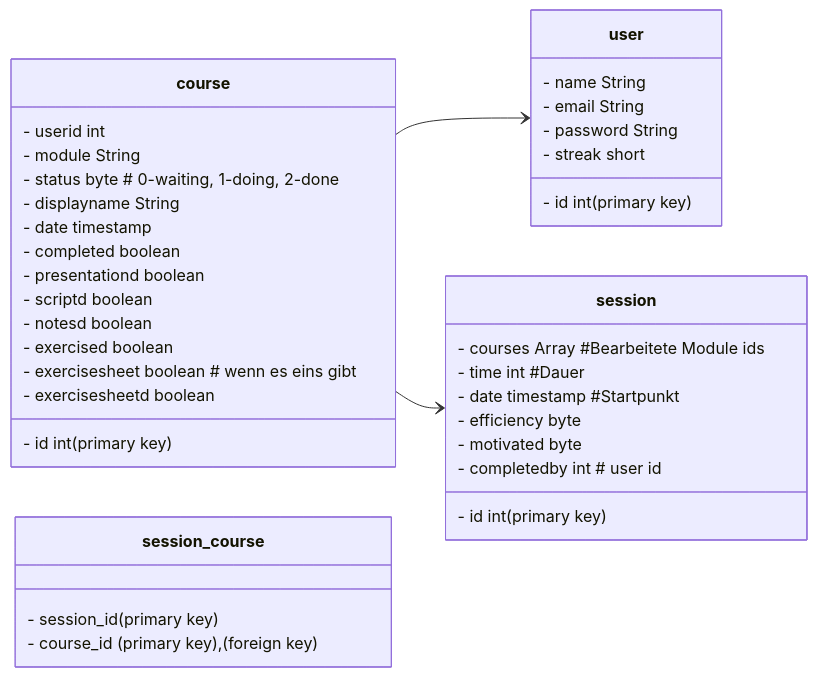
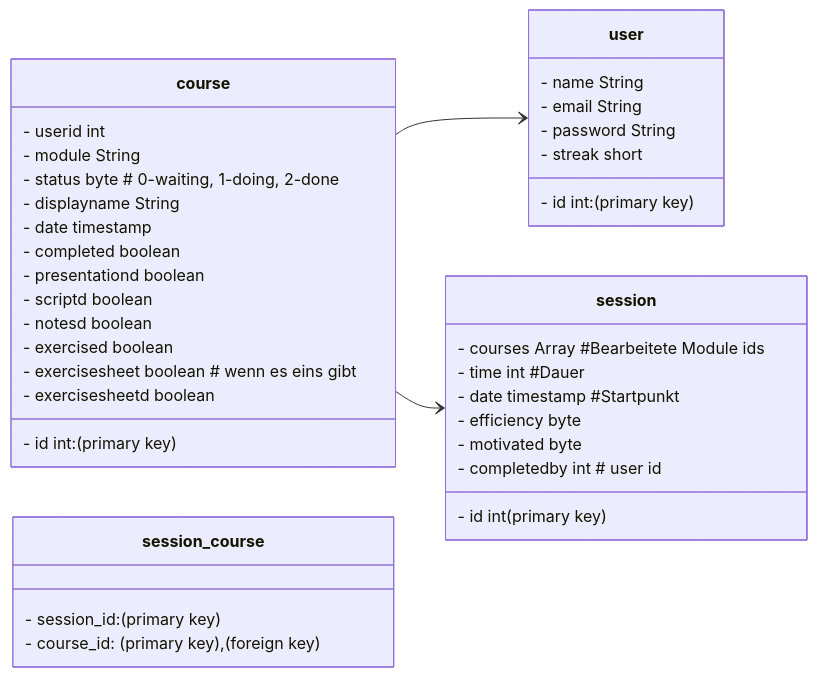
The second of 4 diagrams in README.md (nyrocarion/LQMS), drawn with Mermaid before and after one commit.

````diff
--- a/README.md
+++ b/README.md
@@ -73,45 +73,45 @@
 ```mermaid
 classDiagram
 direction LR
     class course {
-	    - id int (primary key)
+	    - id int: (primary key)
 	    - userid int
 	    - module String
 	    - status byte # 0-waiting, 1-doing, 2-done
 	    - displayname String
 	    - date timestamp
 	    - completed boolean
         - presentationd boolean
         - scriptd boolean
         - notesd boolean
         - exercised boolean
         - exercisesheet boolean # wenn es eins gibt
         - exercisesheetd boolean
     }
 
     class user {
-	    - id int (primary key)
+	    - id int: (primary key)
 	    - name String
 	    - email String
 	    - password String
 	    - streak short
     }
 
     class session {
 	    - id int (primary key)
 	    - courses Array #Bearbeitete Module ids
 	    - time int #Dauer
 	    - date timestamp #Startpunkt
 	    - efficiency byte
 	    - motivated byte
 	    - completedby int # user id
     }
 
     class session_course {
-	    - session_id (primary key)
-	    - course_id (primary key), (foreign key)
+	    - session_id: (primary key)
+	    - course_id: (primary key), (foreign key)
     }
 
     course --> user
     course --> session
 ```
````
